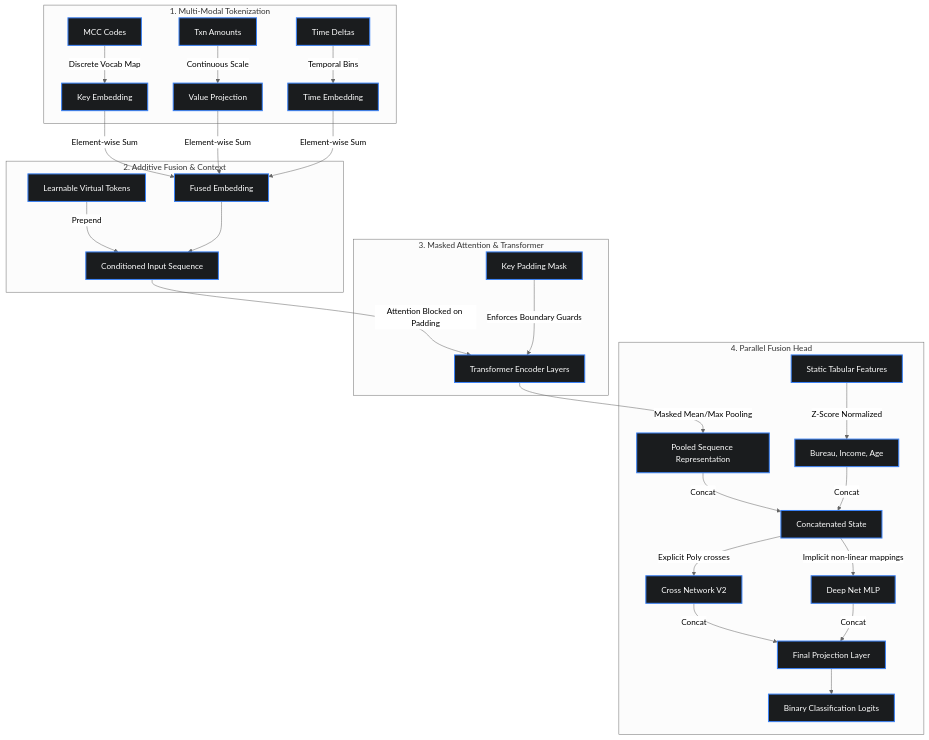
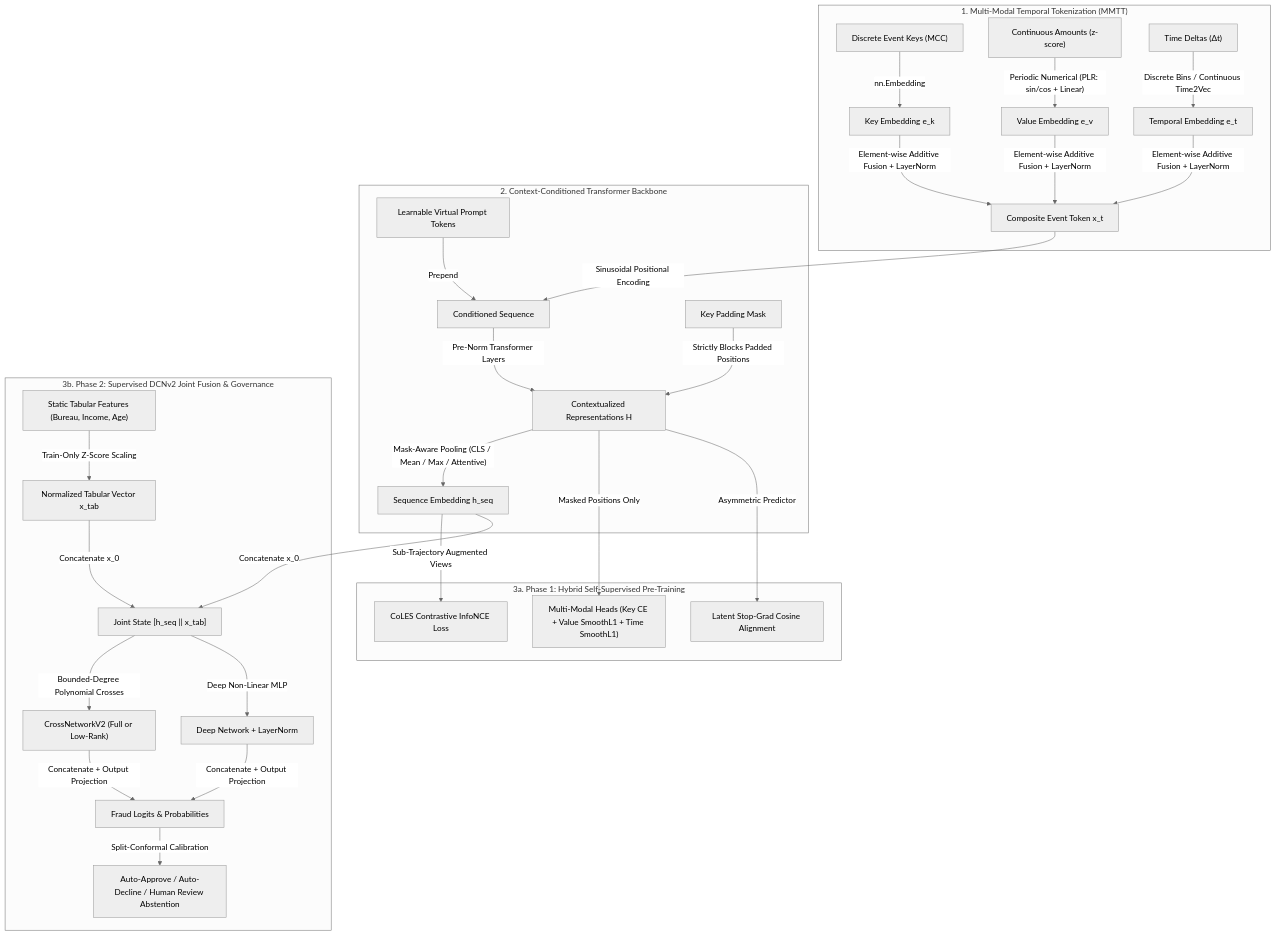
Before and after one commit to vfcarida/Large-Data-Models-LDMs-: the diagram in README.md, drawn with Mermaid (neutral theme). The commit also changed other lines of this file and 36 other files, not shown here.

First line of the commit message:
feat: implement MMTT periodic embeddings, hybrid LimiX-CoLES SSL, conformal risk governance, and data subsystem (v0.2.0)

````diff
--- a/README.md
+++ b/README.md
@@ -62,31 +29,32 @@
 ```mermaid
 graph TD
-    subgraph Input mod [1. Multi-Modal Tokenization]
-        A1[MCC Codes] -->|Discrete Vocab Map| B1[Key Embedding]
-        A2[Txn Amounts] -->|Continuous Scale| B2[Value Projection]
-        A3[Time Deltas] -->|Temporal Bins| B3[Time Embedding]
+    subgraph Modality1 ["1. Multi-Modal Temporal Tokenization (MMTT)"]
+        A1["Discrete Event Keys (MCC)"] -->|"nn.Embedding"| B1["Key Embedding e_k"]
+        A2["Continuous Amounts (z-score)"] -->|"Periodic Numerical (PLR: sin/cos + Linear)"| B2["Value Embedding e_v"]
+        A3["Time Deltas (Δt)"] -->|"Discrete Bins / Continuous Time2Vec"| B3["Temporal Embedding e_t"]
+        B1 & B2 & B3 -->|"Element-wise Additive Fusion + LayerNorm"| C["Composite Event Token x_t"]
     end
 
-    subgraph Fusion [2. Additive Fusion & Context]
-        B1 & B2 & B3 -->|Element-wise Sum| C[Fused Embedding]
-        V[Learnable Virtual Tokens] -->|Prepend| D[Conditioned Input Sequence]
-        C --> D
+    subgraph Backbone ["2. Context-Conditioned Transformer Backbone"]
+        V["Learnable Virtual Prompt Tokens"] -->|"Prepend"| D["Conditioned Sequence"]
+        C -->|"Sinusoidal Positional Encoding"| D
+        D -->|"Pre-Norm Transformer Layers"| E["Contextualized Representations H"]
+        M["Key Padding Mask"] -->|"Strictly Blocks Padded Positions"| E
+        E -->|"Mask-Aware Pooling (CLS / Mean / Max / Attentive)"| F["Sequence Embedding h_seq"]
     end
 
-    subgraph Encoder [3. Masked Attention & Transformer]
-        D -->|Attention Blocked on Padding| E[Transformer Encoder Layers]
-        M[Key Padding Mask] -->|Enforces Boundary Guards| E
+    subgraph SSL ["3a. Phase 1: Hybrid Self-Supervised Pre-Training"]
+        E -->|"Masked Positions Only"| S1["Multi-Modal Heads (Key CE + Value SmoothL1 + Time SmoothL1)"]
+        E -->|"Asymmetric Predictor"| S2["Latent Stop-Grad Cosine Alignment"]
+        F -->|"Sub-Trajectory Augmented Views"| S3["CoLES Contrastive InfoNCE Loss"]
     end
 
-    subgraph Head [4. Parallel Fusion Head]
-        E -->|Masked Mean/Max Pooling| F[Pooled Sequence Representation]
-        T[Static Tabular Features] -->|Z-Score Normalized| G[Bureau, Income, Age]
-        F & G -->|Concat| H[Concatenated State]
-        H -->|Explicit Poly crosses| I[Cross Network V2]
-        H -->|Implicit non-linear mappings| J[Deep Net MLP]
-        I & J -->|Concat| K[Final Projection Layer]
-        K --> L[Binary Classification Logits]
+    subgraph Fusion ["3b. Phase 2: Supervised DCNv2 Joint Fusion & Governance"]
+        T["Static Tabular Features (Bureau, Income, Age)"] -->|"Train-Only Z-Score Scaling"| G["Normalized Tabular Vector x_tab"]
+        F & G -->|"Concatenate x_0"| H["Joint State [h_seq || x_tab]"]
+        H -->|"Bounded-Degree Polynomial Crosses"| I["CrossNetworkV2 (Full or Low-Rank)"]
+        H -->|"Deep Non-Linear MLP"| J["Deep Network + LayerNorm"]
+        I & J -->|"Concatenate + Output Projection"| K["Fraud Logits & Probabilities"]
+        K -->|"Split-Conformal Calibration"| L["Auto-Approve / Auto-Decline / Human Review Abstention"]
     end
-
-    classDef default fill:#1a1c1e,stroke:#3b82f6,stroke-width:2px,color:#fff;
 ```
````
